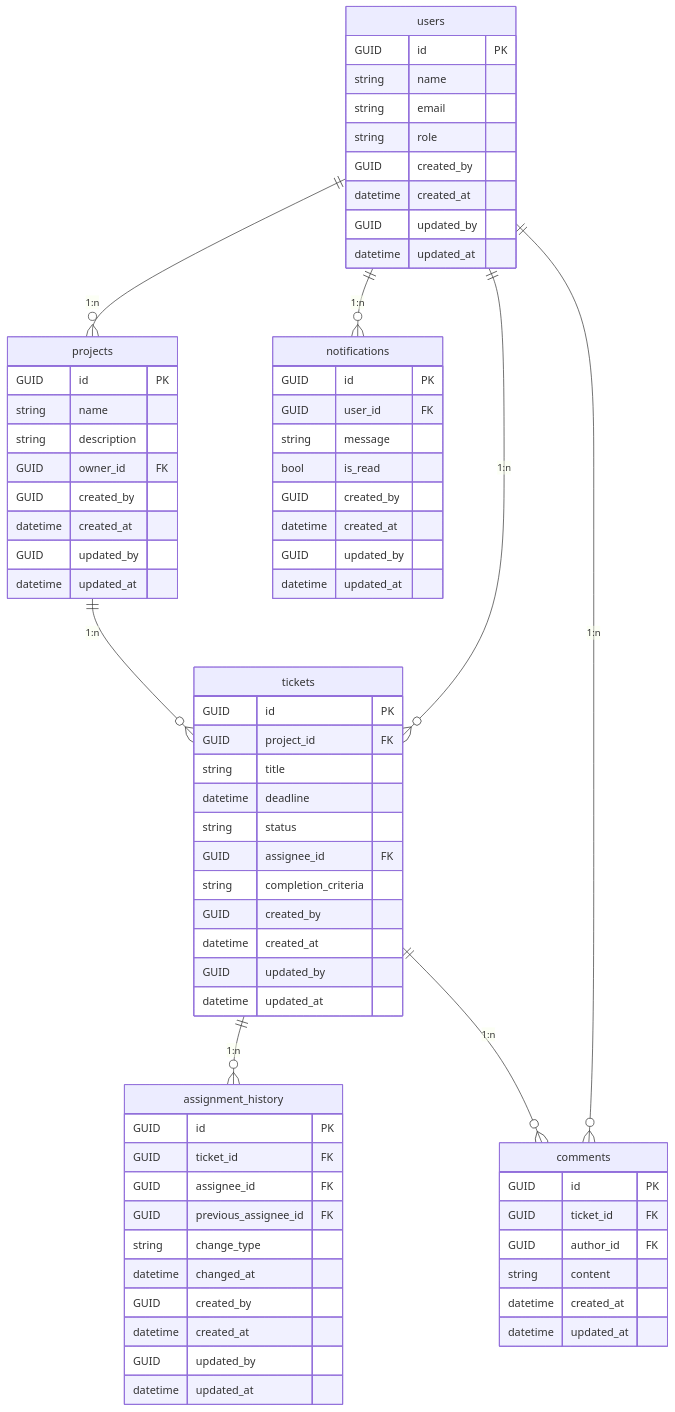
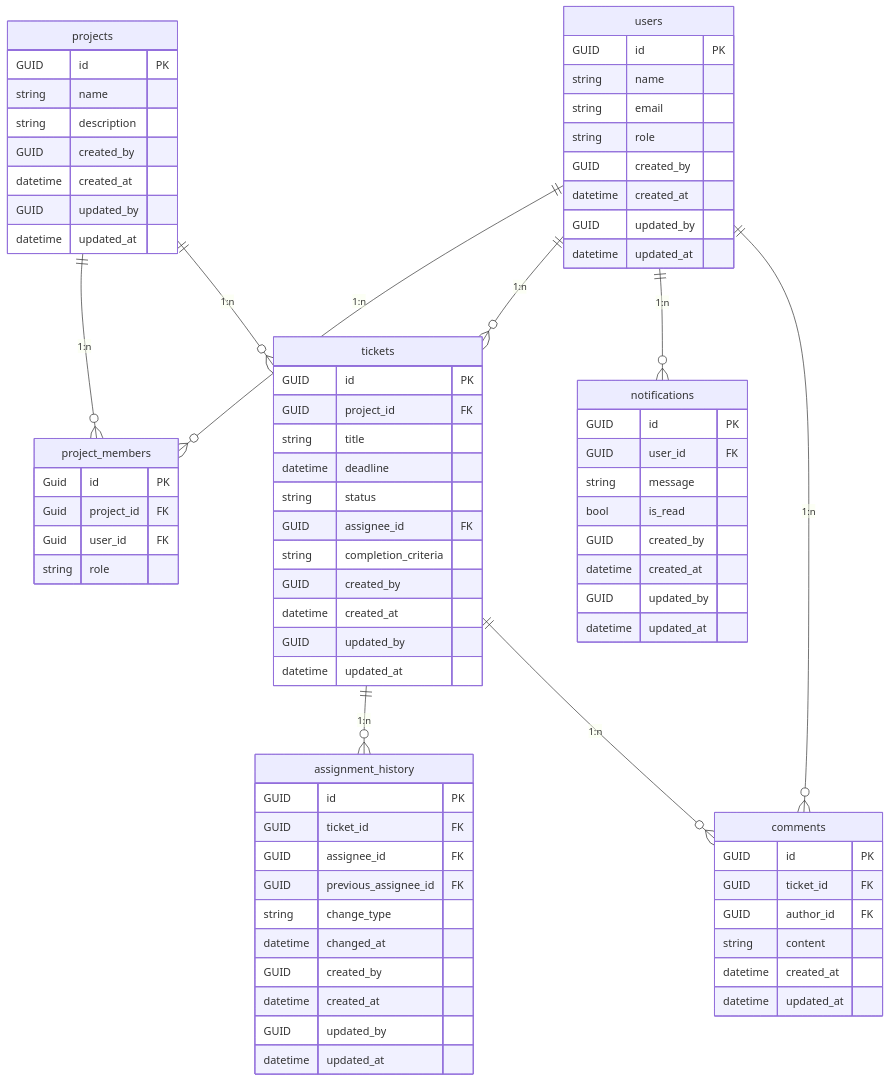
The diagram in 02.design/er-diagram.md (kuairen-227/pm-app-docs), drawn with Mermaid before and after one commit. The commit also changed 7 other files, not shown here.

````diff
--- a/02.design/er-diagram.md
+++ b/02.design/er-diagram.md
@@ -3,74 +3,80 @@
 ```mermaid
 erDiagram
     users {
         GUID id PK
         string name
         string email
         string role
         GUID created_by
         datetime created_at
         GUID updated_by
         datetime updated_at
     }
     projects {
         GUID id PK
         string name
         string description
-        GUID owner_id FK
         GUID created_by
         datetime created_at
         GUID updated_by
         datetime updated_at
+    }
+    project_members {
+        Guid id PK
+        Guid project_id FK
+        Guid user_id FK
+        string role
     }
     tickets {
         GUID id PK
         GUID project_id FK
         string title
         datetime deadline
         string status
         GUID assignee_id FK
         string completion_criteria
         GUID created_by
         datetime created_at
         GUID updated_by
         datetime updated_at
     }
     comments {
         GUID id PK
         GUID ticket_id FK
         GUID author_id FK
         string content
         datetime created_at
         datetime updated_at
     }
     assignment_history {
         GUID id PK
         GUID ticket_id FK
         GUID assignee_id FK
         GUID previous_assignee_id FK
         string change_type
         datetime changed_at
         GUID created_by
         datetime created_at
         GUID updated_by
         datetime updated_at
     }
     notifications {
         GUID id PK
         GUID user_id FK
         string message
         bool is_read
         GUID created_by
         datetime created_at
         GUID updated_by
         datetime updated_at
     }
 
-    users ||--o{ projects : "1:n"
+    users ||--o{ project_members : "1:n"
+    projects ||--o{ project_members : "1:n"
     projects ||--o{ tickets : "1:n"
     users ||--o{ tickets : "1:n"
     tickets ||--o{ assignment_history : "1:n"
     users ||--o{ notifications : "1:n"
     tickets ||--o{ comments : "1:n"
     users ||--o{ comments : "1:n"
 ```
````
